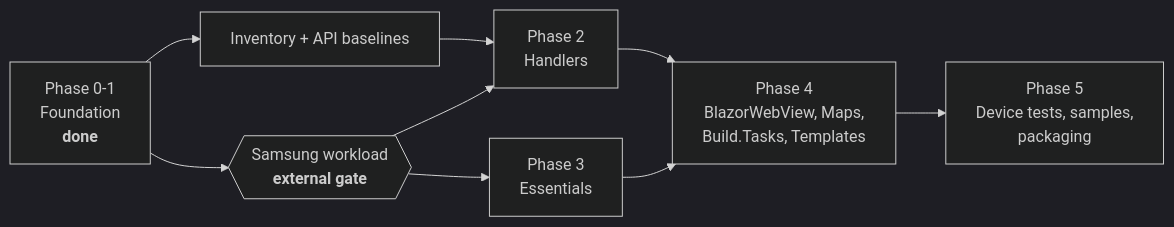
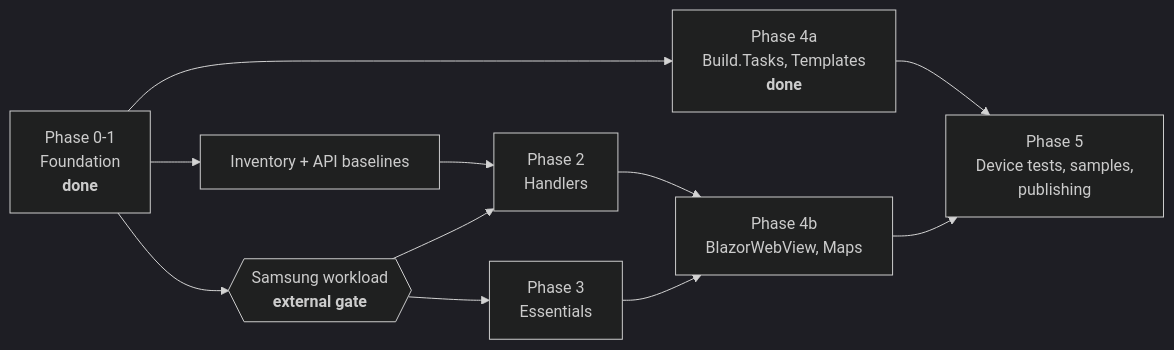
One commit to Redth/Maui.Tizen changed the diagram in docs/migration.md. Above: the diagram before and after it, drawn with Mermaid (dark theme). The commit also changed other lines of this file and 18 other files, not shown here.

````diff
--- a/docs/migration.md
+++ b/docs/migration.md
@@ -185,11 +217,13 @@
 ```mermaid
 graph LR
     F["Phase 0-1<br/>Foundation<br/><b>done</b>"] --> I["Inventory + API baselines"]
+    F --> B["Phase 4a<br/>Build.Tasks, Templates<br/><b>done</b>"]
     F --> G{{"Samsung workload<br/><b>external gate</b>"}}
     I --> H["Phase 2<br/>Handlers"]
     G --> H
     G --> E["Phase 3<br/>Essentials"]
-    H --> X["Phase 4<br/>BlazorWebView, Maps,<br/>Build.Tasks, Templates"]
+    H --> X["Phase 4b<br/>BlazorWebView, Maps"]
     E --> X
-    X --> P["Phase 5<br/>Device tests, samples,<br/>packaging"]
+    B --> P["Phase 5<br/>Device tests, samples,<br/>publishing"]
+    X --> P
 ```
````
